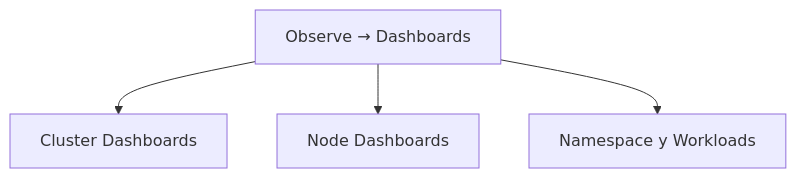
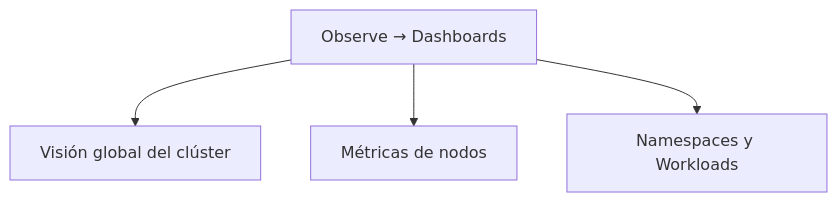
One commit to ieftraining/curso-openshift changed the second of 3 diagrams in docs/sesion3/3.1 Metricas y cuadros de mando.md. Above: the diagram before and after it, drawn with Mermaid. The commit also changed other lines of this file, not shown here.

````diff
--- a/docs/sesion3/3.1 Metricas y cuadros de mando.md
+++ b/docs/sesion3/3.1 Metricas y cuadros de mando.md
@@ -61,8 +66,8 @@
 ```mermaid
 flowchart TD
     A[Observe → Dashboards]
 
-    A --> B[Cluster Dashboards]
-    A --> C[Node Dashboards]
-    A --> D[Namespace y Workloads]
+    A --> B[Visión global del clúster]
+    A --> C[Métricas de nodos]
+    A --> D[Namespaces y Workloads]
 ```
````
